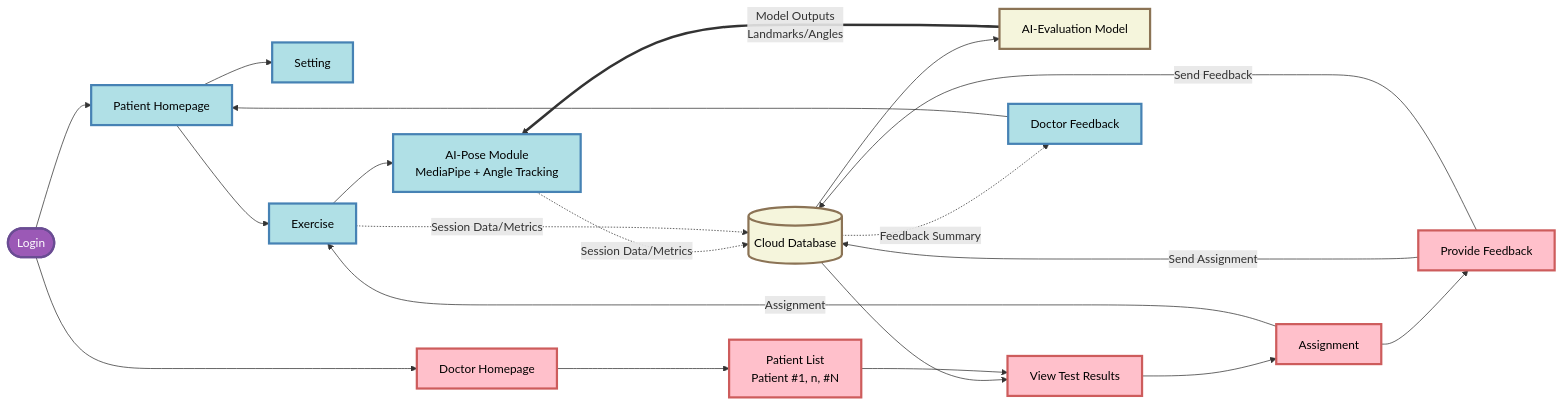
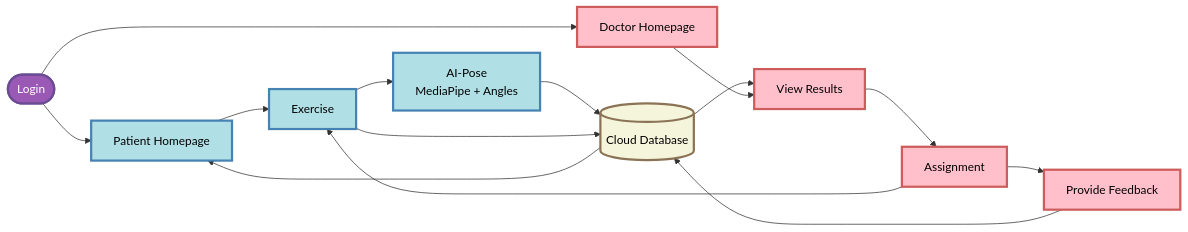
One commit to majidsafwaan2/gymguard changed the diagram in SYSTEM_ARCHITECTURE_FLOWCHART.md. Above: the diagram before and after it, drawn with Mermaid.

Commit message:
Simplify flowchart to 9 essential boxes

````diff
--- a/SYSTEM_ARCHITECTURE_FLOWCHART.md
+++ b/SYSTEM_ARCHITECTURE_FLOWCHART.md
@@ -3,41 +3,33 @@
 ```mermaid
 flowchart LR
-    Login([Login]) --> PatientHome
-    Login --> DoctorHome
+    Login([Login]) --> Patient[Patient Homepage]
+    Login --> Doctor[Doctor Homepage]
     
-    PatientHome[Patient Homepage] --> Setting[Setting]
-    PatientHome --> Exercise[Exercise]
-    Exercise --> AIPose["AI-Pose Module<br/>MediaPipe + Angle Tracking"]
+    Patient --> Exercise[Exercise]
+    Exercise --> AIPose["AI-Pose<br/>MediaPipe + Angles"]
     
-    AIPose -.->|Session Data/Metrics| CloudDB[(Cloud Database)]
-    Exercise -.->|Session Data/Metrics| CloudDB
+    AIPose --> Cloud[(Cloud Database)]
+    Exercise --> Cloud
     
-    CloudDB --> AIModel[AI-Evaluation Model]
-    AIModel ==>|Model Outputs<br/>Landmarks/Angles| AIPose
+    Cloud --> ViewResults[View Results]
     
-    CloudDB --> ViewResults[View Test Results]
+    Doctor --> ViewResults
+    ViewResults --> Assignment[Assignment]
+    Assignment --> Feedback[Provide Feedback]
     
-    DoctorHome[Doctor Homepage] --> PatientList["Patient List<br/>Patient #1, n, #N"]
-    PatientList --> ViewResults
-    ViewResults --> Assignment[Assignment]
-    Assignment --> ProvideFeedback[Provide Feedback]
+    Feedback --> Cloud
+    Cloud --> Patient
     
-    ProvideFeedback -->|Send Assignment| CloudDB
-    ProvideFeedback -->|Send Feedback| CloudDB
+    Assignment --> Exercise
     
-    CloudDB -.->|Feedback Summary| DocFeedback[Doctor Feedback]
-    DocFeedback --> PatientHome
-    
-    Assignment -->|Assignment| Exercise
-    
-    %% Styling - Node backgrounds (soft panels)
+    %% Styling
     classDef patientNode fill:#B0E0E6,stroke:#4682B4,stroke-width:3px,color:#000
     classDef doctorNode fill:#FFC0CB,stroke:#CD5C5C,stroke-width:3px,color:#000
     classDef cloudNode fill:#F5F5DC,stroke:#8B7355,stroke-width:3px,color:#000
     classDef start fill:#9B59B6,stroke:#6A4C93,stroke-width:3px,color:#fff
     
-    class PatientHome,Setting,Exercise,AIPose,DocFeedback patientNode
-    class DoctorHome,PatientList,ViewResults,Assignment,ProvideFeedback doctorNode
-    class CloudDB,AIModel cloudNode
+    class Patient,Exercise,AIPose patientNode
+    class Doctor,ViewResults,Assignment,Feedback doctorNode
+    class Cloud cloudNode
     class Login start
 ```
````
